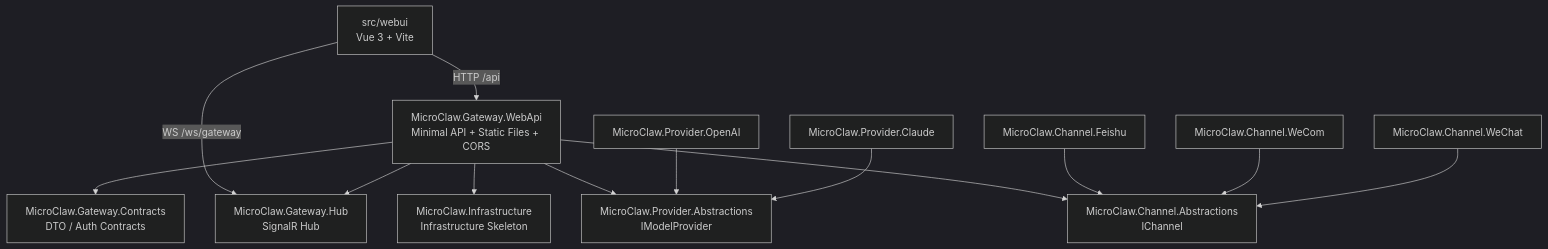
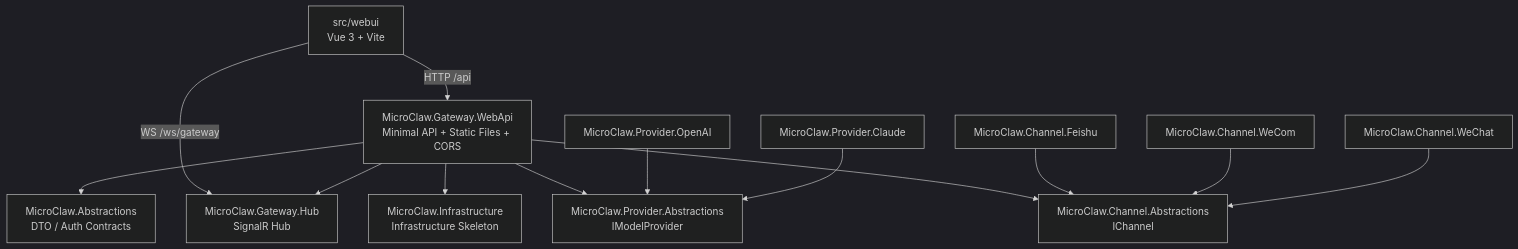
Before and after one commit to a13782425/MicroClaw: the first of 2 diagrams in README.md, drawn with Mermaid (dark theme). The commit also changed other lines of this file and 111 other files, not shown here.

````diff
--- a/README.md
+++ b/README.md
@@ -66,33 +66,33 @@
 ```mermaid
 graph TD
 	WebUI[src/webui\nVue 3 + Vite]
 	WebApi[MicroClaw.Gateway.WebApi\nMinimal API + Static Files + CORS]
 	Hub[MicroClaw.Gateway.Hub\nSignalR Hub]
-	Contracts[MicroClaw.Gateway.Contracts\nDTO / Auth Contracts]
+	Contracts[MicroClaw.Abstractions\nDTO / Auth Contracts]
 	Infra[MicroClaw.Infrastructure\nInfrastructure Skeleton]
 
 	ProviderAbs[MicroClaw.Provider.Abstractions\nIModelProvider]
 	ProviderOpenAI[MicroClaw.Provider.OpenAI]
 	ProviderClaude[MicroClaw.Provider.Claude]
 
 	ChannelAbs[MicroClaw.Channel.Abstractions\nIChannel]
 	ChannelFeishu[MicroClaw.Channel.Feishu]
 	ChannelWeCom[MicroClaw.Channel.WeCom]
 	ChannelWeChat[MicroClaw.Channel.WeChat]
 
 	WebUI -->|HTTP /api| WebApi
 	WebUI -->|WS /ws/gateway| Hub
 
 	WebApi --> Contracts
 	WebApi --> Hub
 	WebApi --> Infra
 	WebApi --> ProviderAbs
 	WebApi --> ChannelAbs
 
 	ProviderOpenAI --> ProviderAbs
 	ProviderClaude --> ProviderAbs
 
 	ChannelFeishu --> ChannelAbs
 	ChannelWeCom --> ChannelAbs
 	ChannelWeChat --> ChannelAbs
 ```
````
